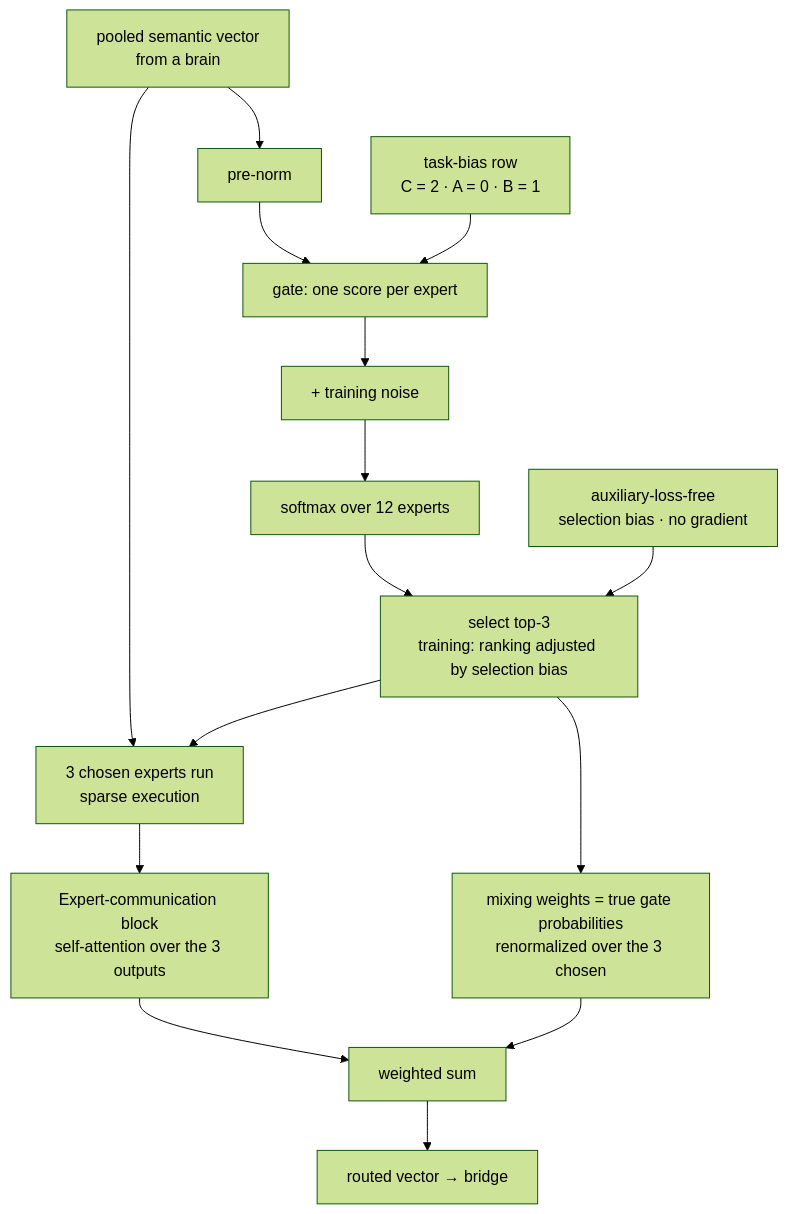
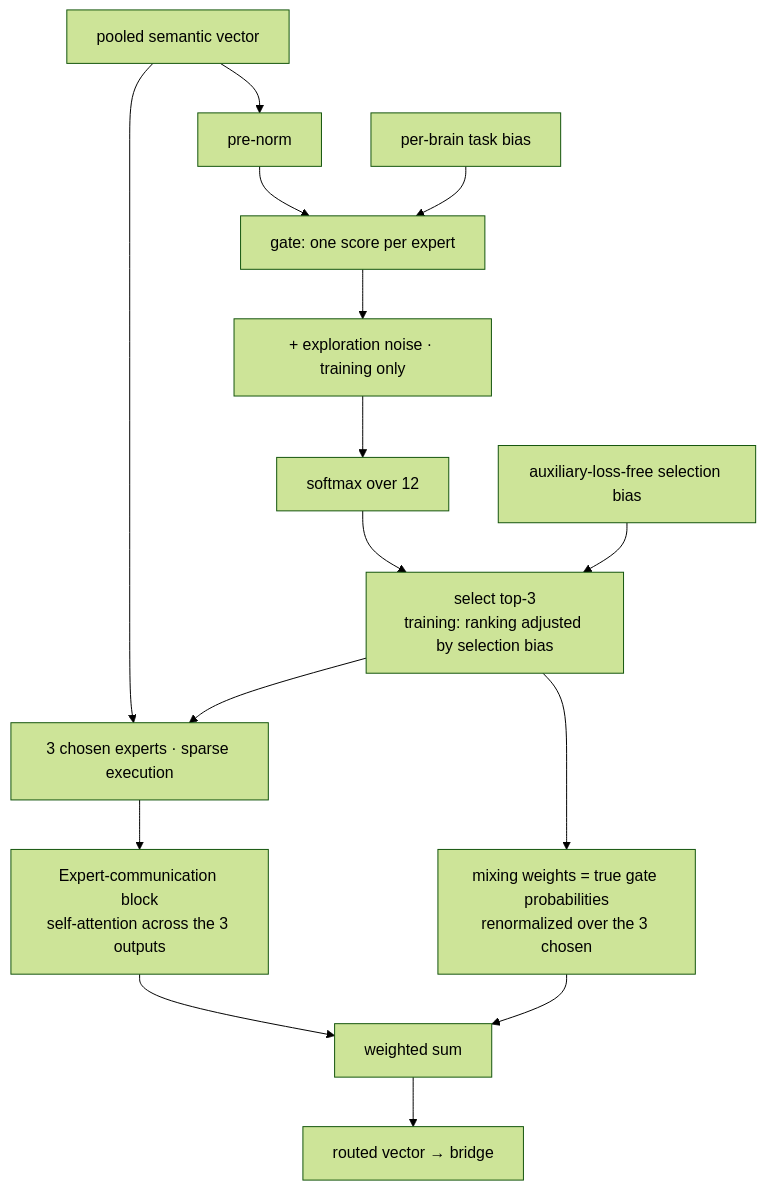
Before and after one commit to ATECTechnologies/Graph-Language-Assistant: the fourth of 5 diagrams in README.md, drawn with Mermaid (forest theme). The commit also changed other lines of this file, not shown here.

````diff
--- a/README.md
+++ b/README.md
@@ -429,17 +377,17 @@
 ```mermaid
 flowchart TB
-    X[pooled semantic vector<br/>from a brain] --> N[pre-norm]
+    X[pooled semantic vector] --> N[pre-norm]
     N --> G[gate: one score per expert]
-    TB[task-bias row<br/>C = 2 · A = 0 · B = 1] --> G
-    G --> NS[+ training noise]
-    NS --> SM[softmax over 12 experts]
+    TB[per-brain task bias] --> G
+    G --> NS[+ exploration noise · training only]
+    NS --> SM[softmax over 12]
     SM --> SEL[select top-3<br/>training: ranking adjusted by selection bias]
-    RB[auxiliary-loss-free<br/>selection bias · no gradient] --> SEL
+    RB[auxiliary-loss-free selection bias] --> SEL
     SEL --> RW[mixing weights = true gate probabilities<br/>renormalized over the 3 chosen]
-    X --> E[3 chosen experts run<br/>sparse execution]
+    X --> E[3 chosen experts · sparse execution]
     SEL --> E
-    E --> COM[Expert-communication block<br/>self-attention over the 3 outputs]
+    E --> COM[Expert-communication block<br/>self-attention across the 3 outputs]
     COM --> MIX[weighted sum]
     RW --> MIX
     MIX --> OUT[routed vector → bridge]
 ```
````
